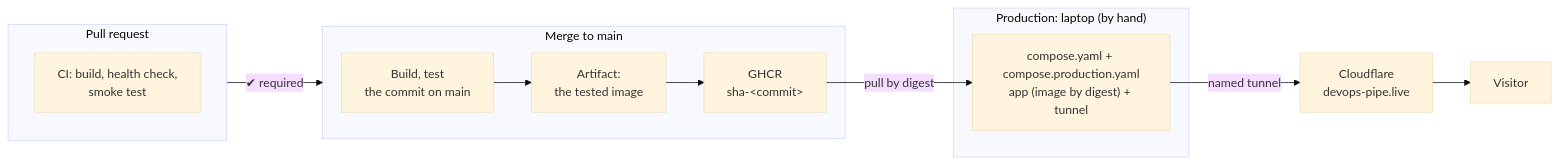
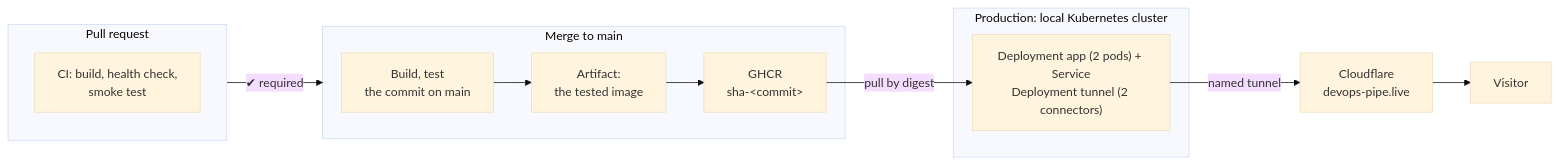
The third of 3 diagrams in docs/pipeline.md (Bende-KBB/devops-lab), drawn with Mermaid (base theme) before and after one commit. The commit also changed 7 other files, not shown here.

Commit message:
DL-50: Document serving production traffic from the cluster

````diff
--- a/docs/pipeline.md
+++ b/docs/pipeline.md
@@ -34,16 +34,16 @@
 ```mermaid
 flowchart LR
     subgraph PR["Pull request"]
         CI["CI: build, health check,<br/>smoke test"]
     end
     subgraph MAIN["Merge to main"]
         T["Build, test<br/>the commit on main"] --> A["Artifact:<br/>the tested image"]
         A --> G["GHCR<br/>sha-&lt;commit&gt;"]
     end
     PR -->|"✔ required"| MAIN
-        subgraph LAPTOP["Production: laptop (by hand)"]
-        NET["compose.yaml + compose.production.yaml<br/>app (image by digest) + tunnel"]
+        subgraph CLUSTER["Production: local Kubernetes cluster"]
+        NET["Deployment app (2 pods) + Service<br/>Deployment tunnel (2 connectors)"]
     end
     G -->|"pull by digest"| NET
     NET -->|"named tunnel"| EDGE["Cloudflare<br/>devops-pipe.live"] --> V["Visitor"]
 ```
````
